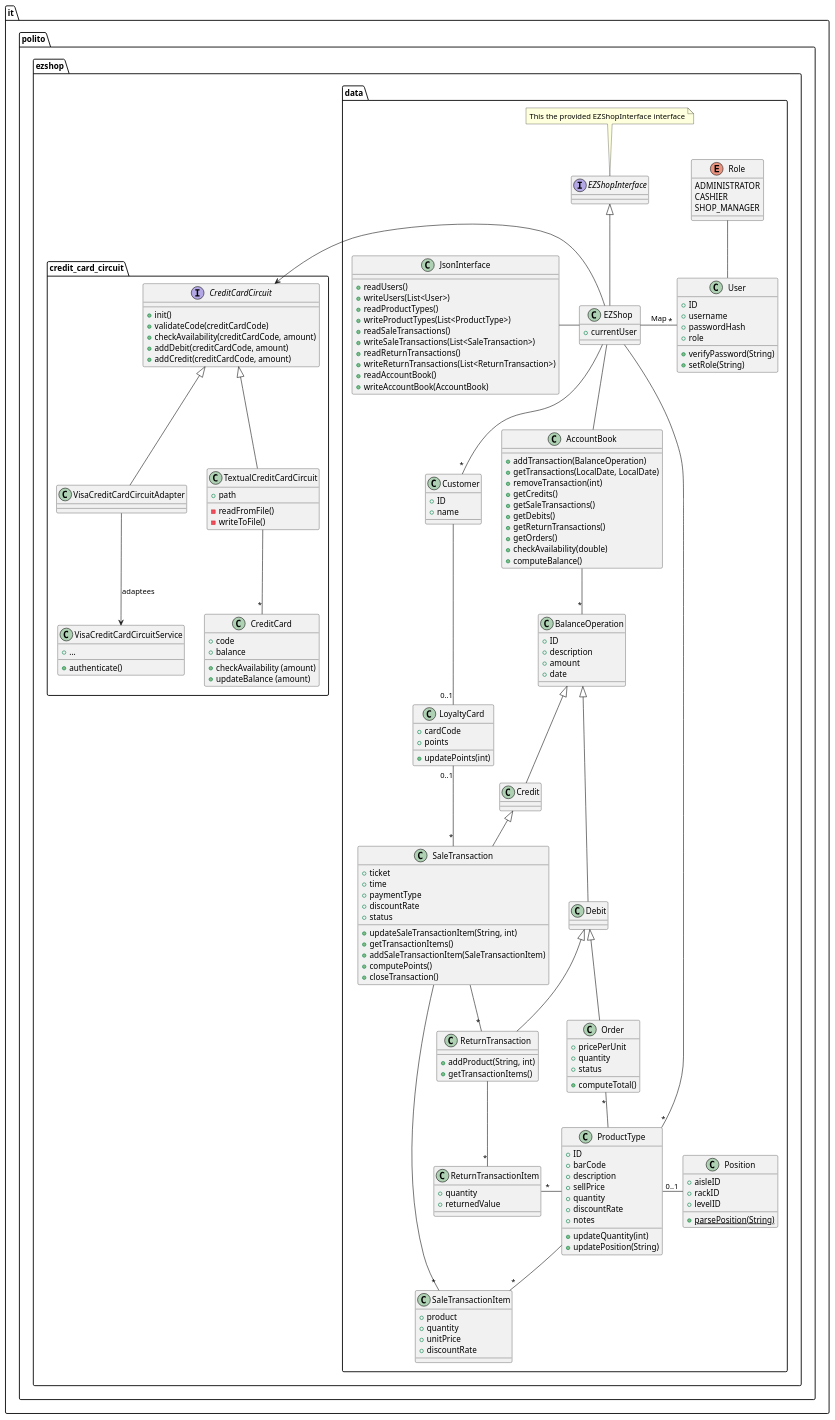
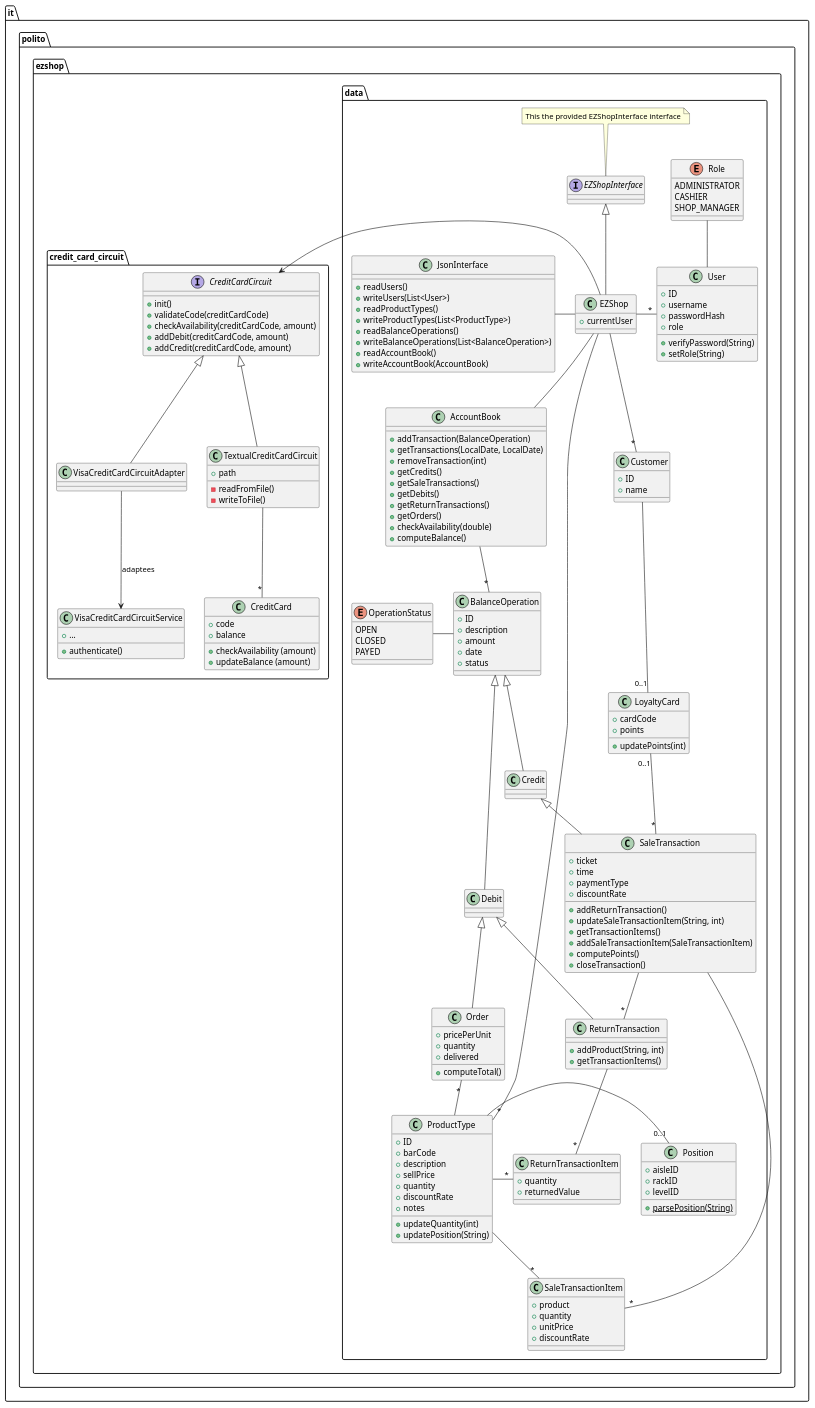
Before and after one commit to polito-se2-21-r03/se1-ezshop: the third of 13 diagrams in Deliverables/DesignDocument.md, drawn with PlantUML. The commit also changed other lines of this file, not shown here.

Commit message:
Minor fixes

```diff
--- a/Deliverables/DesignDocument.md
+++ b/Deliverables/DesignDocument.md
@@ -122,17 +122,15 @@
     + writeUsers(List<User>)
     + readProductTypes()
     + writeProductTypes(List<ProductType>)
-    + readSaleTransactions()
-    + writeSaleTransactions(List<SaleTransaction>)
-    + readReturnTransactions()
-    + writeReturnTransactions(List<ReturnTransaction>)
+    + readBalanceOperations()
+    + writeBalanceOperations(List<BalanceOperation>)
     + readAccountBook()
     + writeAccountBook(AccountBook)
 }
 
 JsonInterface ---right- EZShop
 
-EZShop -right- "*" User : "Map"
+EZShop -right- "*" User
 EZShop -- AccountBook
 EZShop -down--- "*" ProductType
 
@@ -177,7 +175,7 @@
 class Order {
     + pricePerUnit
     + quantity
-    + status
+    + delivered
     + computeTotal()
 }
 
@@ -205,7 +203,7 @@
     + time
     + paymentType /' cash or cc '/
     + discountRate
-    + status /' open/close '/
+    + addReturnTransaction()
     + updateSaleTransactionItem(String, int)
     + getTransactionItems()
     + addSaleTransactionItem(SaleTransactionItem)
@@ -256,13 +254,21 @@
     + computeBalance()
 }
 
+enum OperationStatus {
+    OPEN
+    CLOSED
+    PAYED
+}
+
 class BalanceOperation {
     + ID
     + description
     + amount
     + date
+    + status
+}
 
-}
+BalanceOperation -left- OperationStatus
 AccountBook -down- "*" BalanceOperation
 
 class Debit
```
